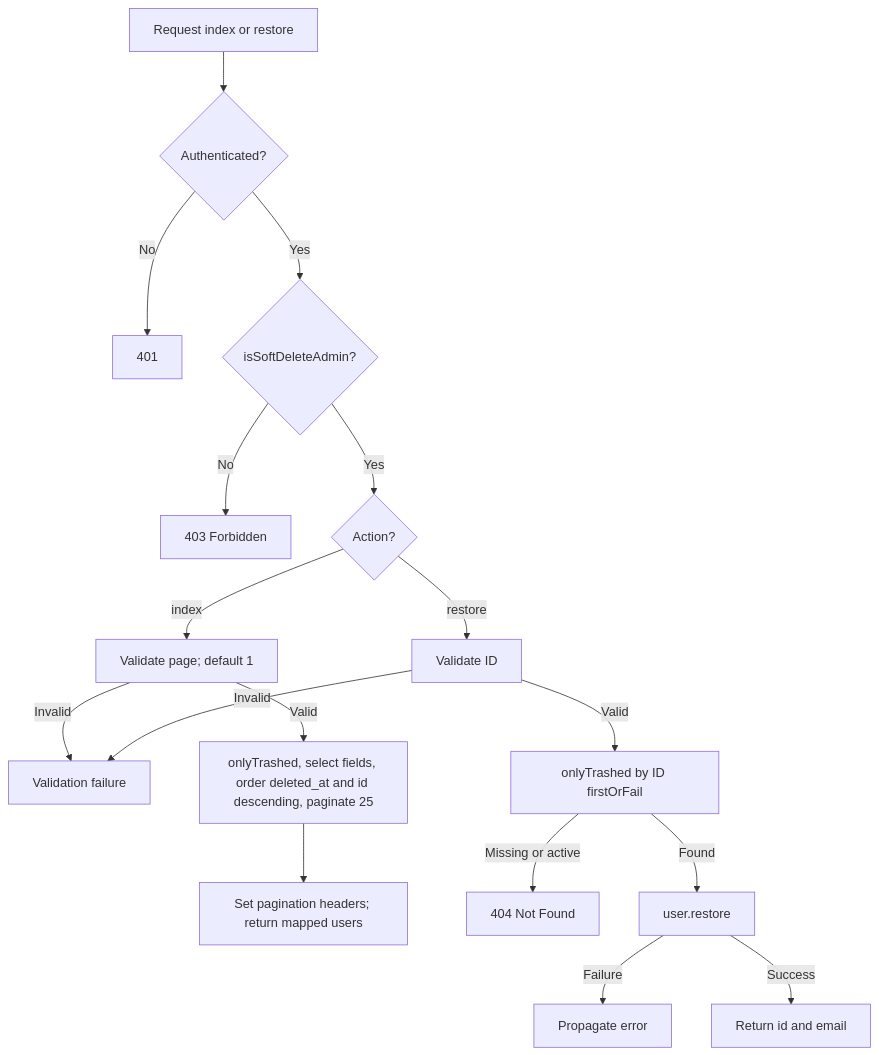
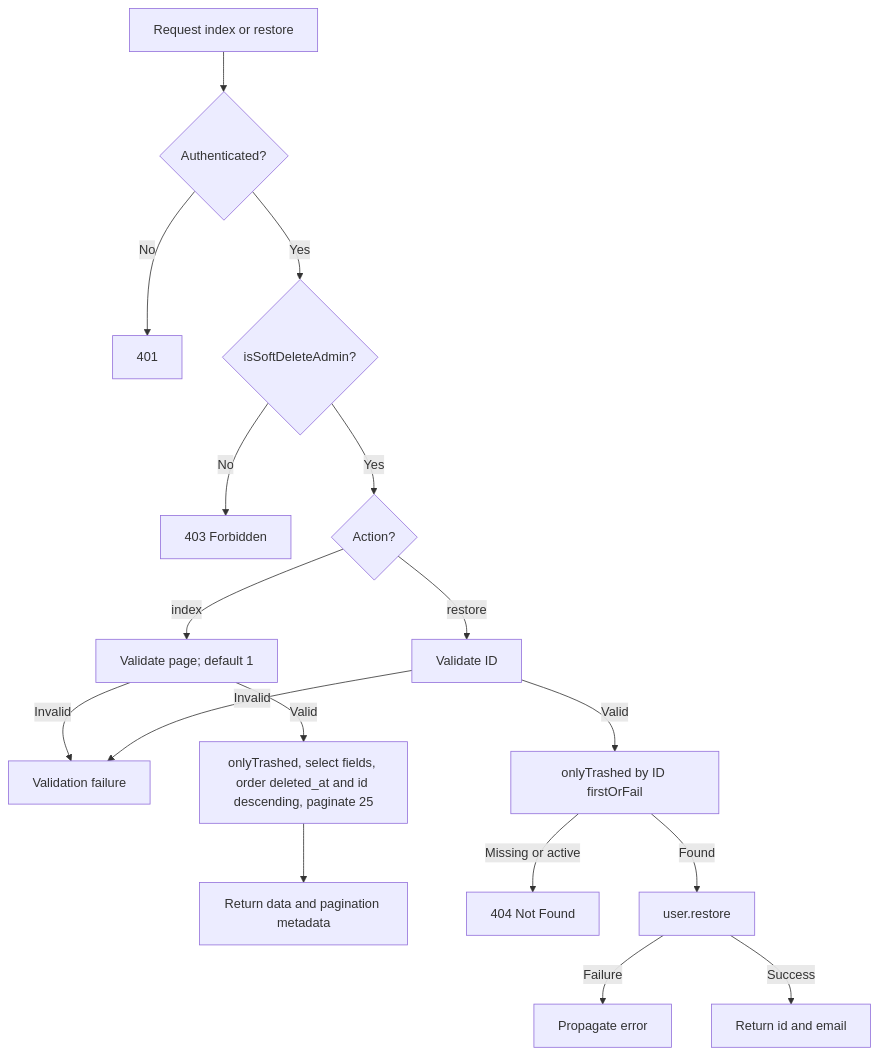
One commit to Kevinjohn/oss-adonisjs-lucid-soft-delete changed the second of 2 diagrams in user-stories/example-apps/us-demo-02-api-admin-restore.md. Above: the diagram before and after it, drawn with Mermaid. The commit also changed other lines of this file and 8 other files, not shown here.

````diff
--- a/user-stories/example-apps/us-demo-02-api-admin-restore.md
+++ b/user-stories/example-apps/us-demo-02-api-admin-restore.md
@@ -44,19 +44,19 @@
 ```mermaid
 flowchart TD
     A["Request index or restore"] --> B{"Authenticated?"}
     B -->|No| C["401"]
     B -->|Yes| D{"isSoftDeleteAdmin?"}
     D -->|No| E["403 Forbidden"]
     D -->|Yes| F{"Action?"}
     F -->|index| L["Validate page; default 1"]
     F -->|restore| R["Validate ID"]
     L -->|Invalid| V["Validation failure"]
     L -->|Valid| P["onlyTrashed, select fields, order deleted_at and id descending, paginate 25"]
     R -->|Invalid| V
     R -->|Valid| Q["onlyTrashed by ID firstOrFail"]
-    P --> W["Set pagination headers; return mapped users"]
+    P --> W["Return data and pagination metadata"]
     Q -->|Missing or active| N["404 Not Found"]
     Q -->|Found| T["user.restore"]
     T -->|Failure| X["Propagate error"]
     T -->|Success| Z["Return id and email"]
 ```
````
